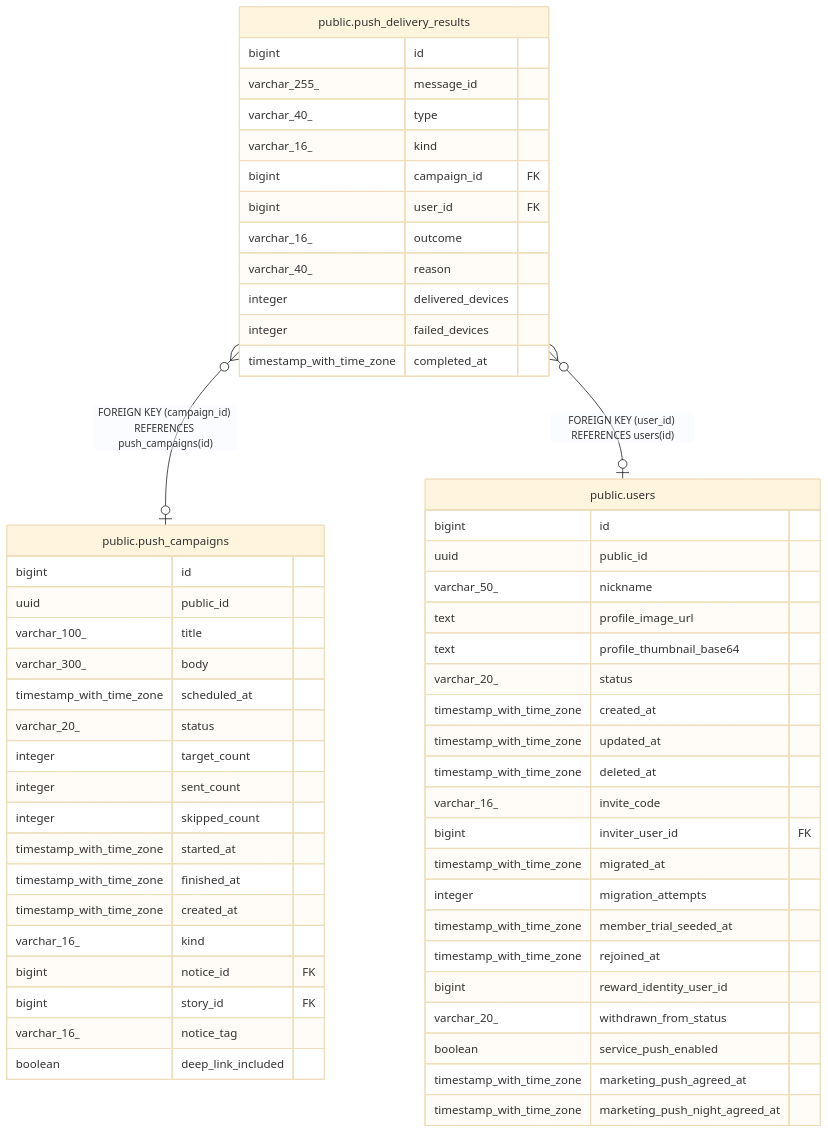
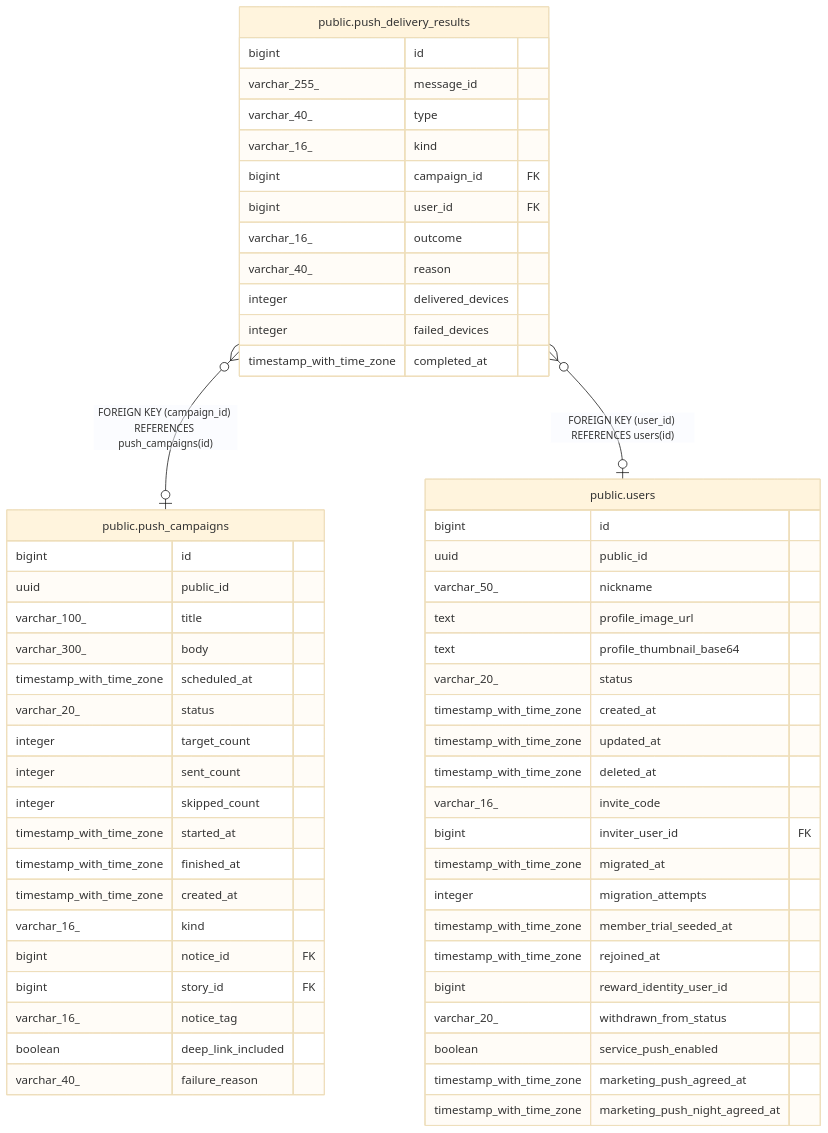
Before and after one commit to KIM-N-KANG/manyak-server: the diagram in dbdoc/public.push_delivery_results.md, drawn with Mermaid (base theme). The commit also changed 33 other files, not shown here.

````diff
--- a/dbdoc/public.push_delivery_results.md
+++ b/dbdoc/public.push_delivery_results.md
@@ -43,61 +43,62 @@
 ```mermaid
 erDiagram
 
 "public.push_delivery_results" }o--o| "public.push_campaigns" : "FOREIGN KEY (campaign_id) REFERENCES push_campaigns(id)"
 "public.push_delivery_results" }o--o| "public.users" : "FOREIGN KEY (user_id) REFERENCES users(id)"
 
 "public.push_delivery_results" {
   bigint id
   varchar_255_ message_id
   varchar_40_ type
   varchar_16_ kind
   bigint campaign_id FK
   bigint user_id FK
   varchar_16_ outcome
   varchar_40_ reason
   integer delivered_devices
   integer failed_devices
   timestamp_with_time_zone completed_at
 }
 "public.push_campaigns" {
   bigint id
   uuid public_id
   varchar_100_ title
   varchar_300_ body
   timestamp_with_time_zone scheduled_at
   varchar_20_ status
   integer target_count
   integer sent_count
   integer skipped_count
   timestamp_with_time_zone started_at
   timestamp_with_time_zone finished_at
   timestamp_with_time_zone created_at
   varchar_16_ kind
   bigint notice_id FK
   bigint story_id FK
   varchar_16_ notice_tag
   boolean deep_link_included
+  varchar_40_ failure_reason
 }
 "public.users" {
   bigint id
   uuid public_id
   varchar_50_ nickname
   text profile_image_url
   text profile_thumbnail_base64
   varchar_20_ status
   timestamp_with_time_zone created_at
   timestamp_with_time_zone updated_at
   timestamp_with_time_zone deleted_at
   varchar_16_ invite_code
   bigint inviter_user_id FK
   timestamp_with_time_zone migrated_at
   integer migration_attempts
   timestamp_with_time_zone member_trial_seeded_at
   timestamp_with_time_zone rejoined_at
   bigint reward_identity_user_id
   varchar_20_ withdrawn_from_status
   boolean service_push_enabled
   timestamp_with_time_zone marketing_push_agreed_at
   timestamp_with_time_zone marketing_push_night_agreed_at
 }
 ```
````
